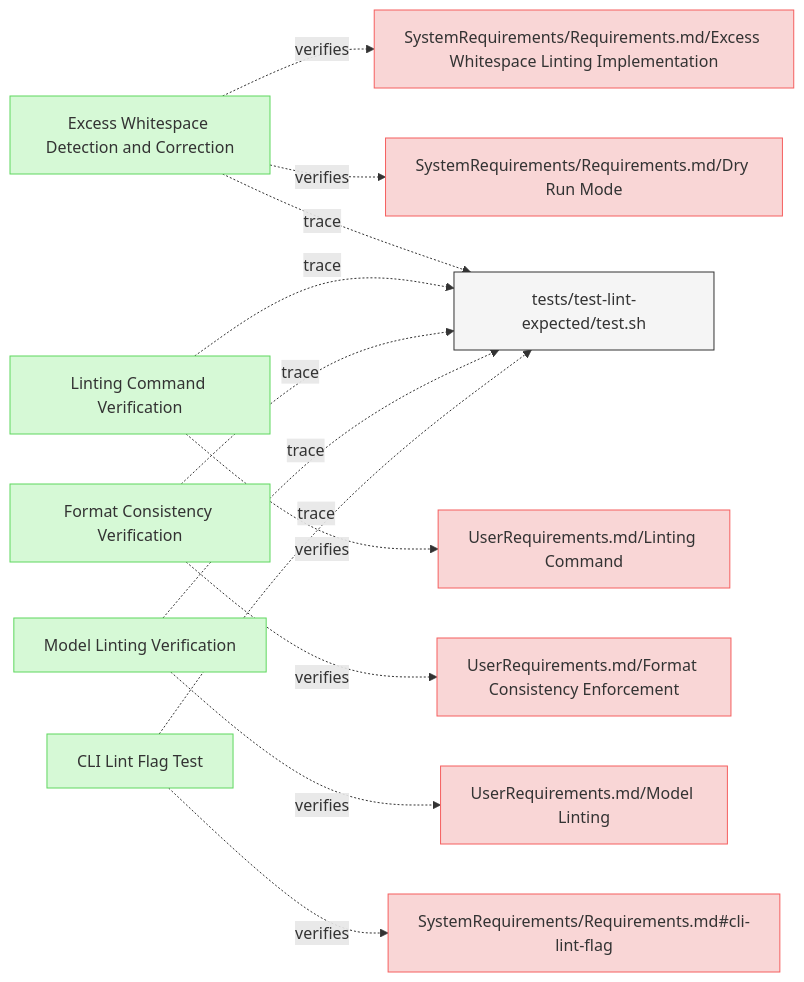
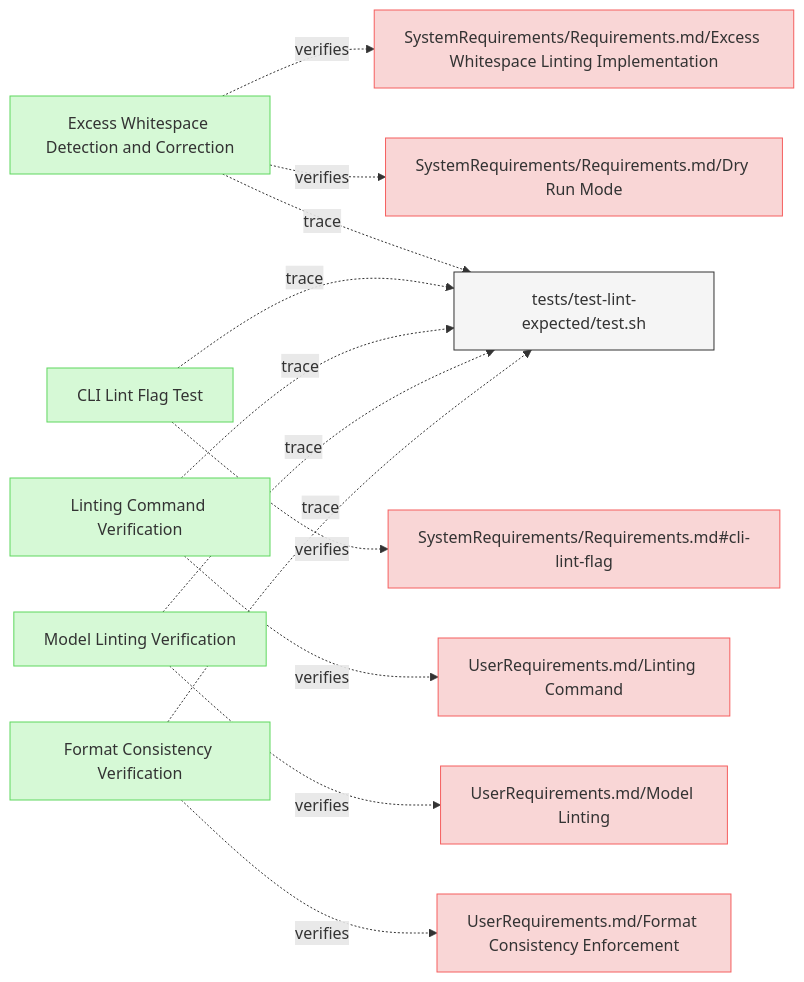
The first of 3 diagrams in specifications/Verifications/LintingTests.md (reqvire-org/reqvire), drawn with Mermaid before and after one commit. The commit also changed other lines of this file and 14 other files, not shown here.

Commit message:
Diagram fixes

````diff
--- a/specifications/Verifications/LintingTests.md
+++ b/specifications/Verifications/LintingTests.md
@@ -6,60 +6,56 @@
 ```mermaid
 graph LR;
   %% Graph styling
   classDef requirement fill:#f9d6d6,stroke:#f55f5f,stroke-width:1px;
   classDef verification fill:#d6f9d6,stroke:#5fd75f,stroke-width:1px;
   classDef externalLink fill:#d0e0ff,stroke:#3080ff,stroke-width:1px;
   classDef default fill:#f5f5f5,stroke:#333333,stroke-width:1px;
 
   4cd0fe733f182d5c["Excess Whitespace Detection and Correction"];
   click 4cd0fe733f182d5c "LintingTests.md#excess-whitespace-detection-and-correction";
   class 4cd0fe733f182d5c verification;
   3f3d3f9ccb15029a["SystemRequirements/Requirements.md/Excess Whitespace Linting Implementation"];
   class 3f3d3f9ccb15029a requirement;
   click 3f3d3f9ccb15029a "../SystemRequirements/Requirements.md#excess-whitespace-linting-implementation";
   4cd0fe733f182d5c -.->|verifies| 3f3d3f9ccb15029a;
   8f2198f681f63fea["SystemRequirements/Requirements.md/Dry Run Mode"];
   class 8f2198f681f63fea requirement;
   click 8f2198f681f63fea "../SystemRequirements/Requirements.md#dry-run-mode";
   4cd0fe733f182d5c -.->|verifies| 8f2198f681f63fea;
   3de539f546654b01["tests/test-lint-expected/test.sh"];
   class 3de539f546654b01 default;
   click 3de539f546654b01 "../../tests/test-lint-expected/test.sh";
   4cd0fe733f182d5c -.->|trace| 3de539f546654b01;
-  
-  linting_command_verification["Linting Command Verification"];
-  click linting_command_verification "LintingTests.md#linting-command-verification";
-  class linting_command_verification verification;
-  linting_command_req["UserRequirements.md/Linting Command"];
-  class linting_command_req requirement;
-  click linting_command_req "../UserRequirements.md#linting-command";
-  linting_command_verification -.->|verifies| linting_command_req;
-  linting_command_verification -.->|trace| 3de539f546654b01;
-  
-  format_consistency_verification["Format Consistency Verification"];
-  click format_consistency_verification "LintingTests.md#format-consistency-verification";
-  class format_consistency_verification verification;
-  format_consistency_req["UserRequirements.md/Format Consistency Enforcement"];
-  class format_consistency_req requirement;
-  click format_consistency_req "../UserRequirements.md#format-consistency-enforcement";
-  format_consistency_verification -.->|verifies| format_consistency_req;
-  format_consistency_verification -.->|trace| 3de539f546654b01;
-  
-  model_linting_verification["Model Linting Verification"];
-  click model_linting_verification "LintingTests.md#model-linting-verification";
-  class model_linting_verification verification;
-  model_linting_req["UserRequirements.md/Model Linting"];
-  class model_linting_req requirement;
-  click model_linting_req "../UserRequirements.md#model-linting";
-  model_linting_verification -.->|verifies| model_linting_req;
-  model_linting_verification -.->|trace| 3de539f546654b01;
-  
-  cli_lint_verification["CLI Lint Flag Test"];
-  click cli_lint_verification "LintingTests.md#cli-lint-flag-test";
-  class cli_lint_verification verification;
-  cli_lint_req["SystemRequirements/Requirements.md#cli-lint-flag"];
-  class cli_lint_req requirement;
-  click cli_lint_req "../SystemRequirements/Requirements.md#cli-lint-flag";
-  cli_lint_verification -.->|verifies| cli_lint_req;
-  cli_lint_verification -.->|trace| 3de539f546654b01;
+  746b65fa854bc876["CLI Lint Flag Test"];
+  click 746b65fa854bc876 "LintingTests.md#cli-lint-flag-test";
+  class 746b65fa854bc876 verification;
+  fffbb227966be4f2["SystemRequirements/Requirements.md#cli-lint-flag"];
+  class fffbb227966be4f2 requirement;
+  click fffbb227966be4f2 "../SystemRequirements/Requirements.md#cli-lint-flag";
+  746b65fa854bc876 -.->|verifies| fffbb227966be4f2;
+  746b65fa854bc876 -.->|trace| 3de539f546654b01;
+  3bbd3815f37ee9ae["Linting Command Verification"];
+  click 3bbd3815f37ee9ae "LintingTests.md#linting-command-verification";
+  class 3bbd3815f37ee9ae verification;
+  887a7d36caacab2b["UserRequirements.md/Linting Command"];
+  class 887a7d36caacab2b requirement;
+  click 887a7d36caacab2b "../UserRequirements.md#linting-command";
+  3bbd3815f37ee9ae -.->|verifies| 887a7d36caacab2b;
+  3bbd3815f37ee9ae -.->|trace| 3de539f546654b01;
+  d941947fb524f8c7["Model Linting Verification"];
+  click d941947fb524f8c7 "LintingTests.md#model-linting-verification";
+  class d941947fb524f8c7 verification;
+  103ddb8dc3242215["UserRequirements.md/Model Linting"];
+  class 103ddb8dc3242215 requirement;
+  click 103ddb8dc3242215 "../UserRequirements.md#model-linting";
+  d941947fb524f8c7 -.->|verifies| 103ddb8dc3242215;
+  d941947fb524f8c7 -.->|trace| 3de539f546654b01;
+  80dbe2ea823992bc["Format Consistency Verification"];
+  click 80dbe2ea823992bc "LintingTests.md#format-consistency-verification";
+  class 80dbe2ea823992bc verification;
+  81758bdb22a3329d["UserRequirements.md/Format Consistency Enforcement"];
+  class 81758bdb22a3329d requirement;
+  click 81758bdb22a3329d "../UserRequirements.md#format-consistency-enforcement";
+  80dbe2ea823992bc -.->|verifies| 81758bdb22a3329d;
+  80dbe2ea823992bc -.->|trace| 3de539f546654b01;
 ```
````
